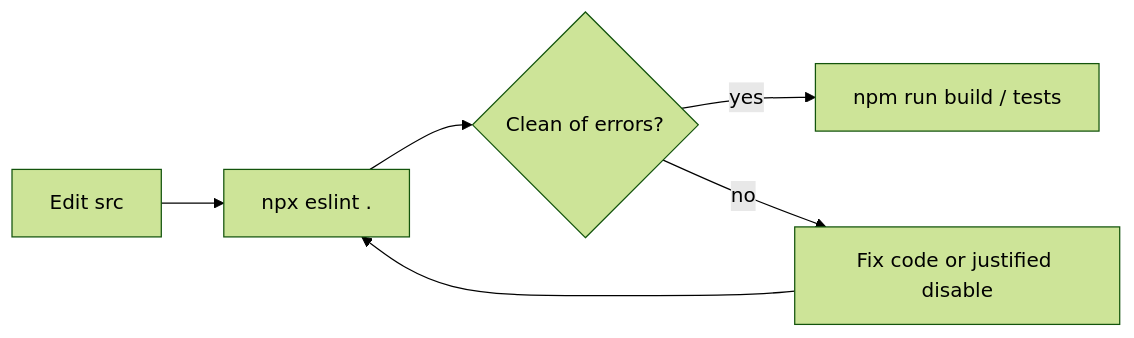
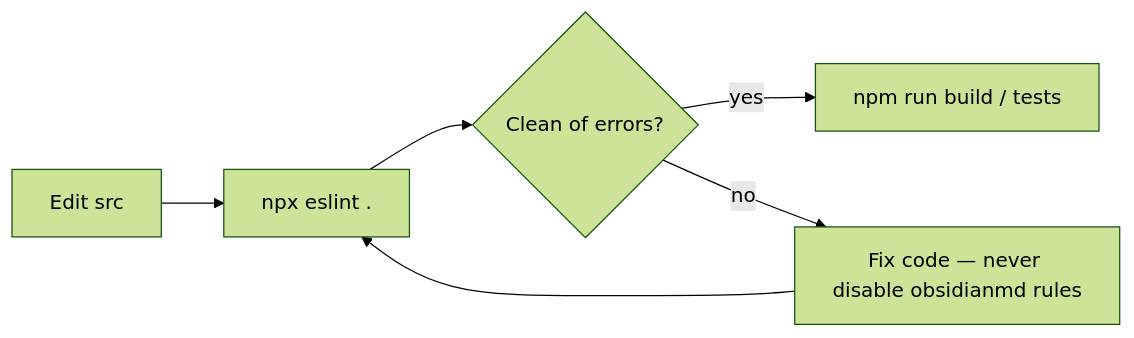
The first of 2 diagrams in docs/eslint-obsidian-conventions.md (daledesilva/obsidian_ink), drawn with Mermaid (forest theme) before and after one commit. The commit also changed other lines of this file and 7 other files, not shown here.

````diff
--- a/docs/eslint-obsidian-conventions.md
+++ b/docs/eslint-obsidian-conventions.md
@@ -18,8 +18,8 @@
 ```mermaid
 flowchart LR
   edit[Edit src] --> lint["npx eslint ."]
   lint --> pass{Clean of errors?}
   pass -->|yes| build["npm run build / tests"]
-  pass -->|no| fix[Fix code or justified disable]
+  pass -->|no| fix[Fix code — never disable obsidianmd rules]
   fix --> lint
 ```
````
